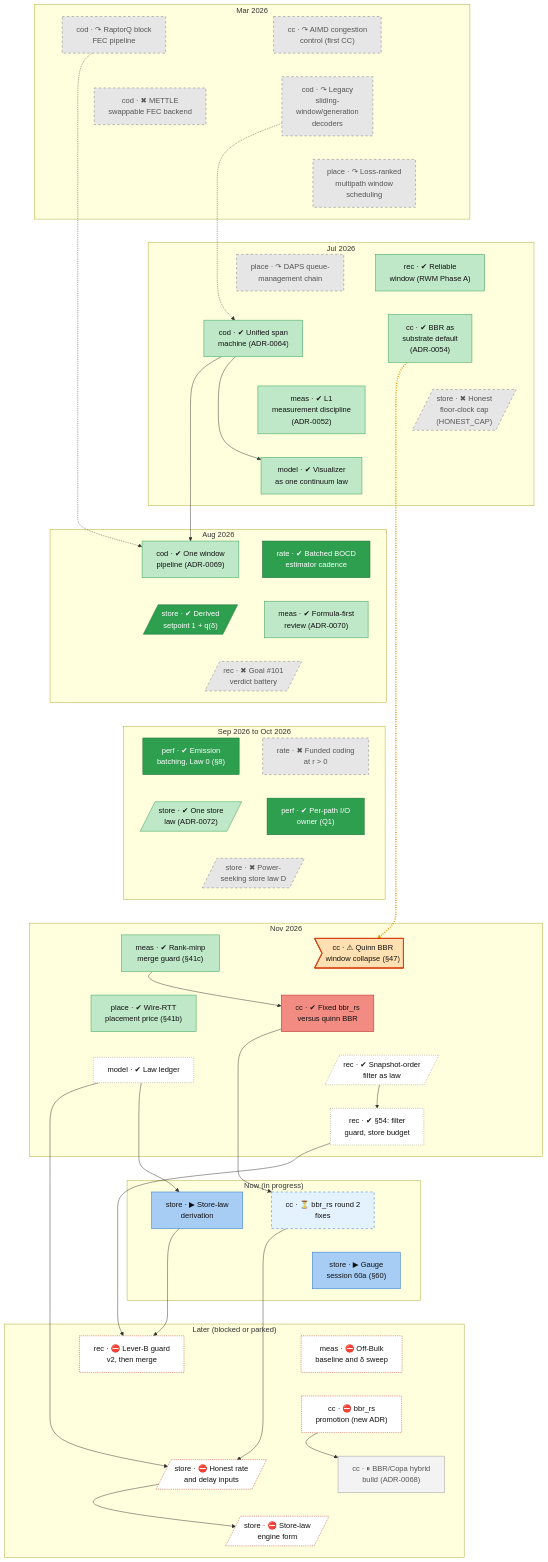
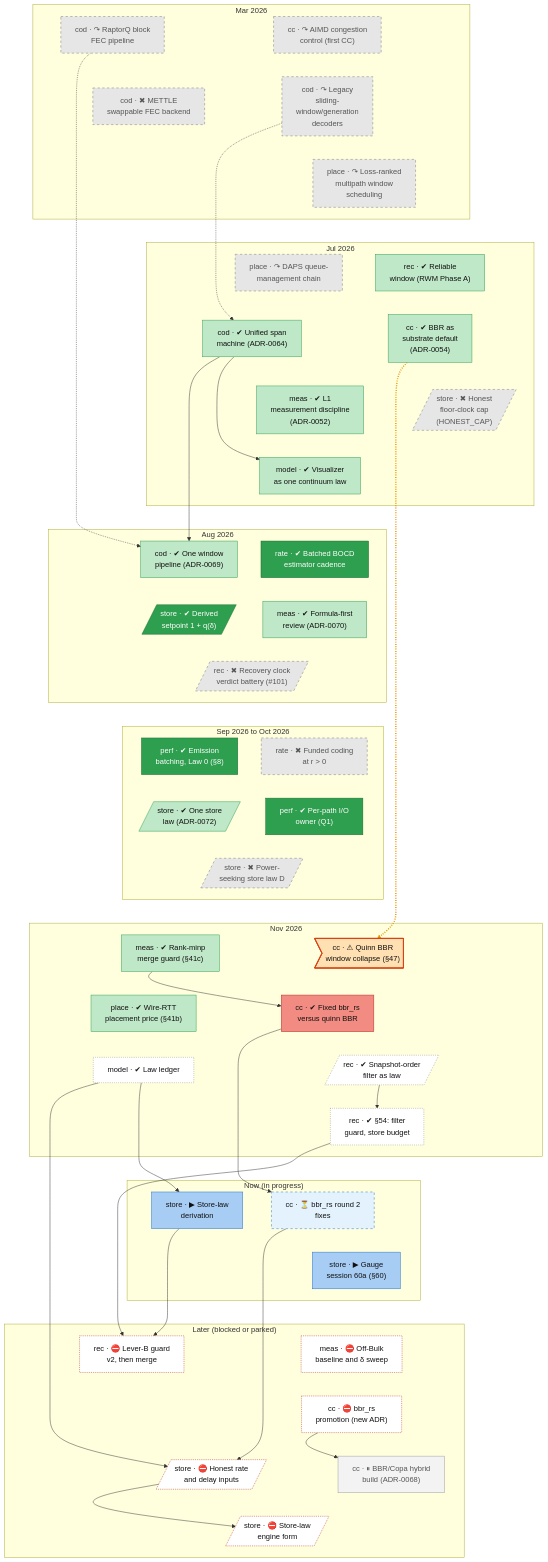
The second of 2 diagrams in docs/roadmap.md (lhns/raptorpath), drawn with Mermaid before and after one commit. The commit also changed other lines of this file and 8 other files, not shown here.

First line of the commit message:
roadmap: T_cut fix note precise, rate-law reconcile waits on the P_fec oracle, goal #101 title

```diff
--- a/docs/roadmap.md
+++ b/docs/roadmap.md
@@ -118,7 +118,7 @@
         cod_one_pipeline["cod · ✔ One window<br/>pipeline (ADR-0069)"]
         meas_formula_first["meas · ✔ Formula-first<br/>review (ADR-0070)"]
         store_delta_cap[/"store · ✔ Derived<br/>setpoint 1 + q(δ)"/]
-        rec_goal101[/"rec · ✖ Goal #35;101<br/>verdict battery"/]
+        rec_goal101[/"rec · ✖ Recovery clock<br/>verdict battery (#35;101)"/]
     end
     subgraph bd_3["Sep 2026 to Oct 2026"]
         rate_r_battery["rate · ✖ Funded coding<br/>at r #gt; 0"]
```
